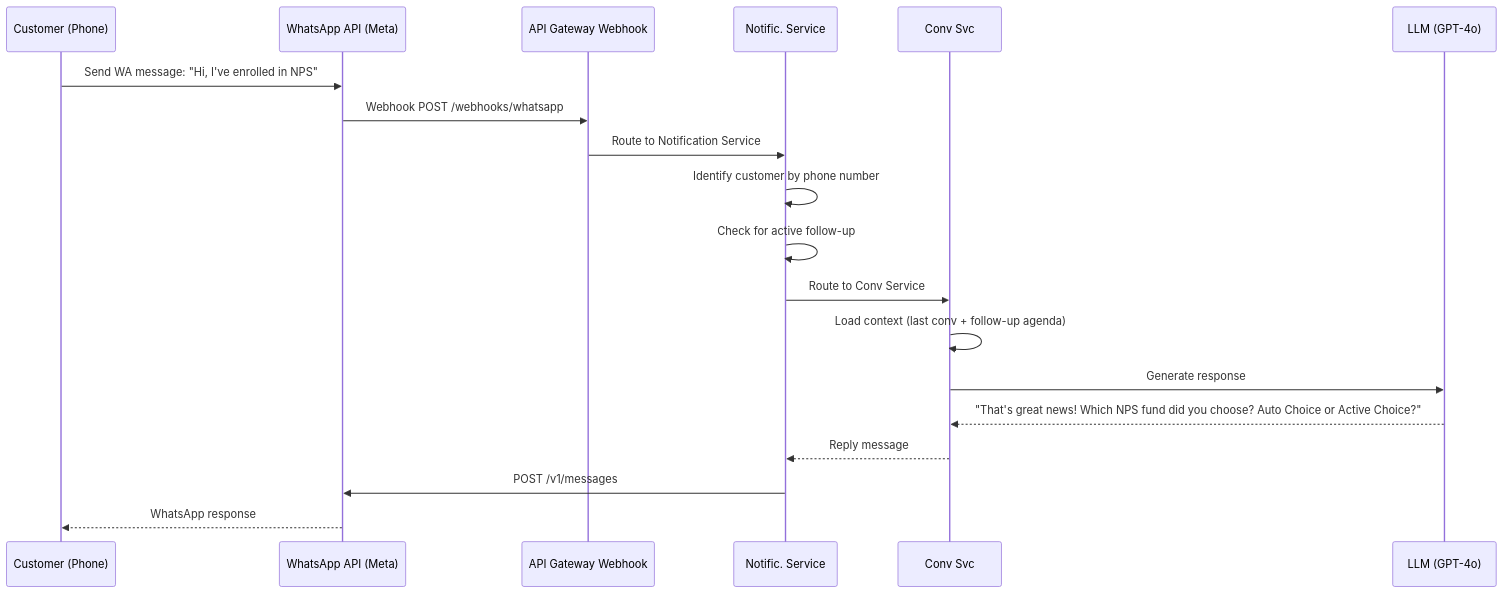
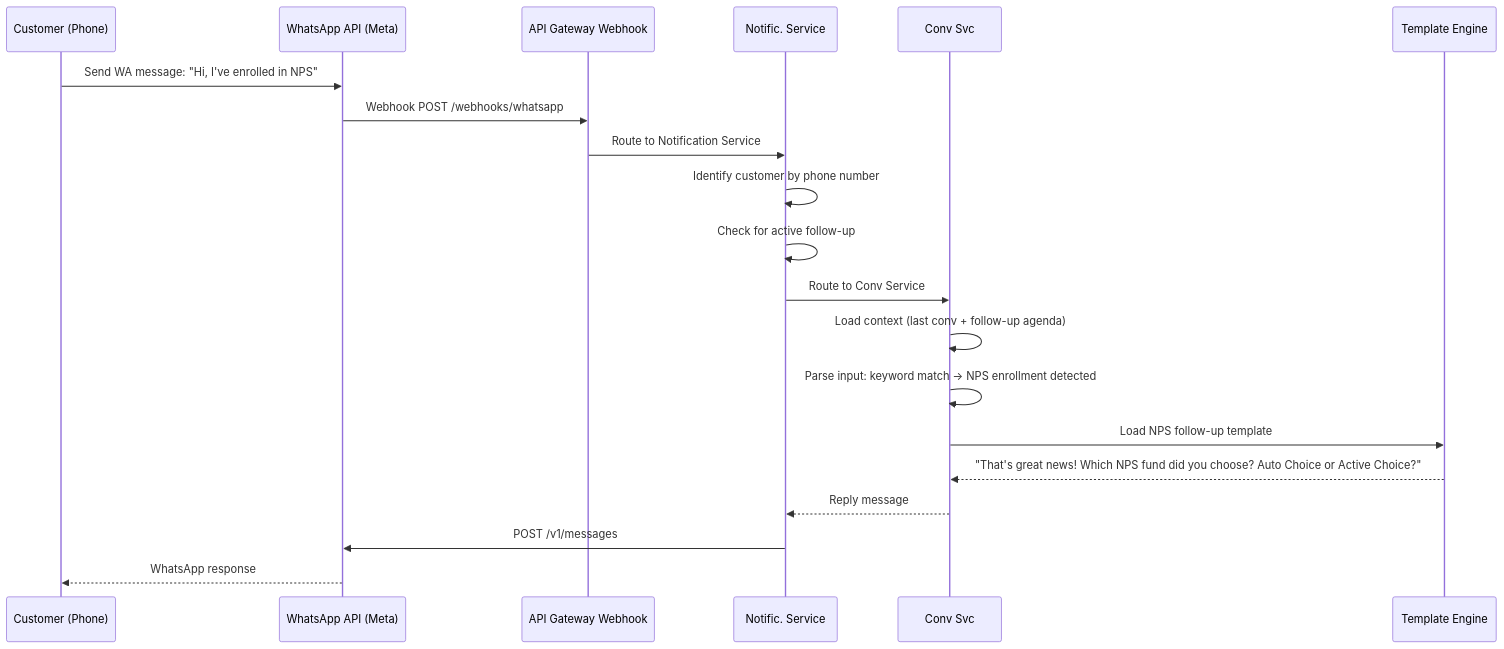
One commit to Cognition-Partner-Workshops/uc-framework-upgrade-monolith-to-microservices changed diagram 13 of 20 in docs/design/05-sequence-diagrams.md. Above: the diagram before and after it, drawn with Mermaid. The commit also changed other lines of this file and 4 other files, not shown here.

````diff
--- a/docs/design/05-sequence-diagrams.md
+++ b/docs/design/05-sequence-diagrams.md
@@ -418,22 +414,23 @@
 ```mermaid
 sequenceDiagram
     participant C as Customer (Phone)
     participant WA as WhatsApp API (Meta)
     participant GW as API Gateway Webhook
     participant NS as Notific. Service
     participant CS as Conv Svc
-    participant LLM as LLM (GPT-4o)
+    participant TE as Template Engine
 
     C->>WA: Send WA message: "Hi, I've enrolled in NPS"
     WA->>GW: Webhook POST /webhooks/whatsapp
     GW->>NS: Route to Notification Service
     NS->>NS: Identify customer by phone number
     NS->>NS: Check for active follow-up
     NS->>CS: Route to Conv Service
     CS->>CS: Load context (last conv + follow-up agenda)
-    CS->>LLM: Generate response
-    LLM-->>CS: "That's great news! Which NPS fund did you choose? Auto Choice or Active Choice?"
+    CS->>CS: Parse input: keyword match → NPS enrollment detected
+    CS->>TE: Load NPS follow-up template
+    TE-->>CS: "That's great news! Which NPS fund did you choose? Auto Choice or Active Choice?"
     CS-->>NS: Reply message
     NS->>WA: POST /v1/messages
     WA-->>C: WhatsApp response
 ```
````
